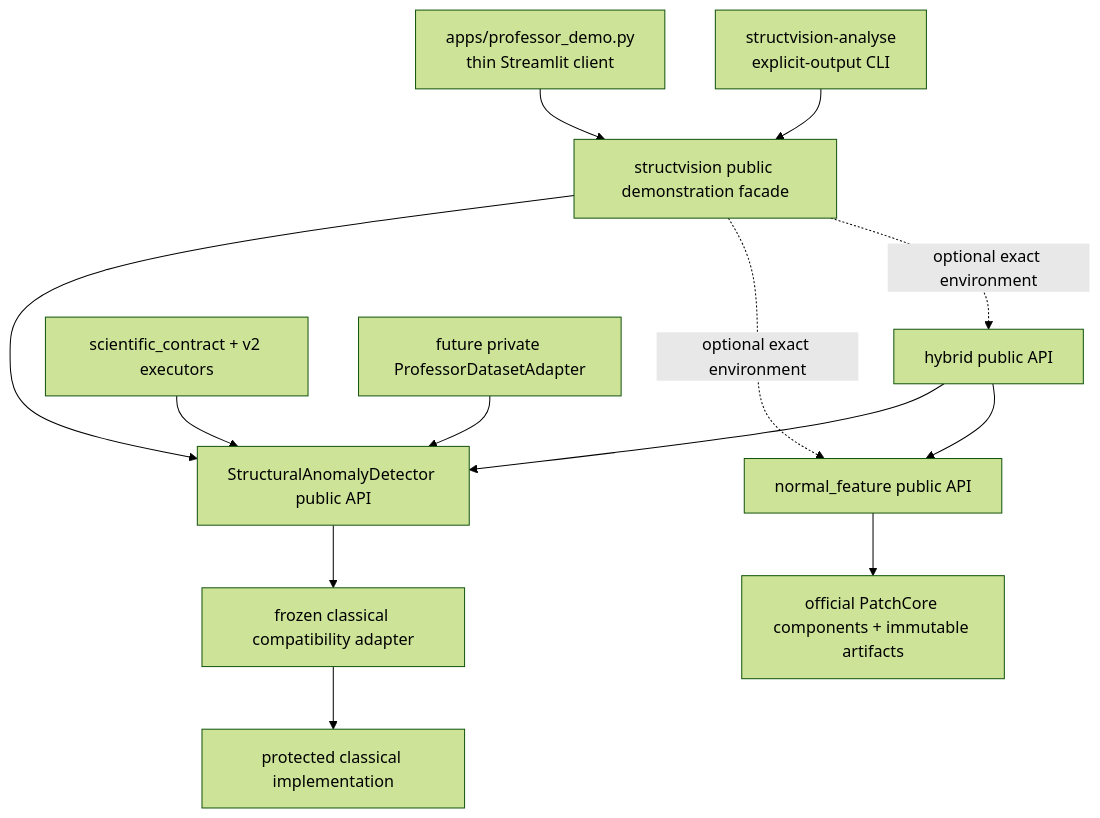
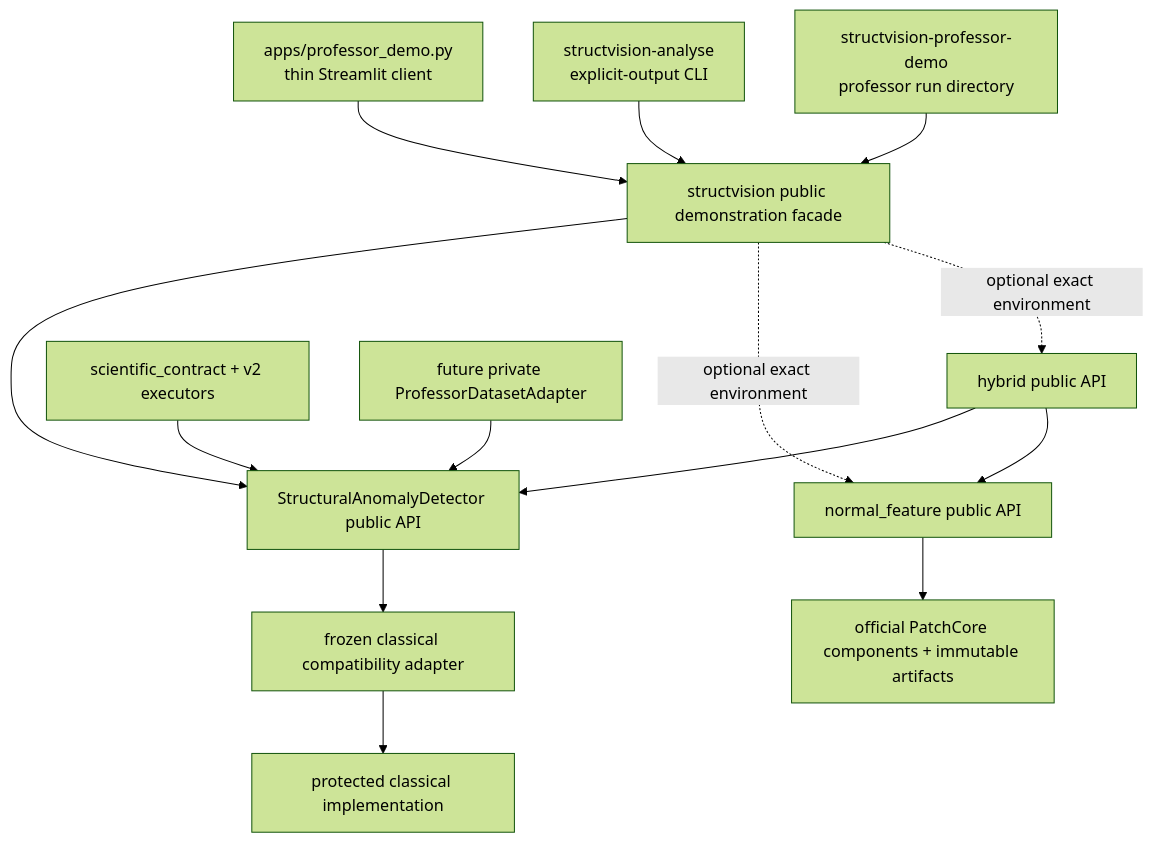
One commit to MrithunjoyB/marine-structural-defect-inspection changed the diagram in docs/code-structure-guide.md. Above: the diagram before and after it, drawn with Mermaid (forest theme). The commit also changed other lines of this file and 14 other files, not shown here.

Commit message:
Add offline professor console and drive handoff

````diff
--- a/docs/code-structure-guide.md
+++ b/docs/code-structure-guide.md
@@ -5,15 +5,16 @@
 ```mermaid
 flowchart TD
     UI["apps/professor_demo.py<br/>thin Streamlit client"] --> DEMO["structvision public demonstration facade"]
     CLI["structvision-analyse<br/>explicit-output CLI"] --> DEMO
+    CONSOLE["structvision-professor-demo<br/>professor run directory"] --> DEMO
     DEMO --> API["StructuralAnomalyDetector public API"]
     DEMO -. "optional exact environment" .-> NF["normal_feature public API"]
     DEMO -. "optional exact environment" .-> HY["hybrid public API"]
     API --> CLASSICAL["frozen classical compatibility adapter"]
     CLASSICAL --> LEGACY["protected classical implementation"]
     NF --> UPSTREAM["official PatchCore components + immutable artifacts"]
     HY --> API
     HY --> NF
     V2["scientific_contract + v2 executors"] --> API
     ADAPTER["future private ProfessorDatasetAdapter"] --> API
 ```
````
